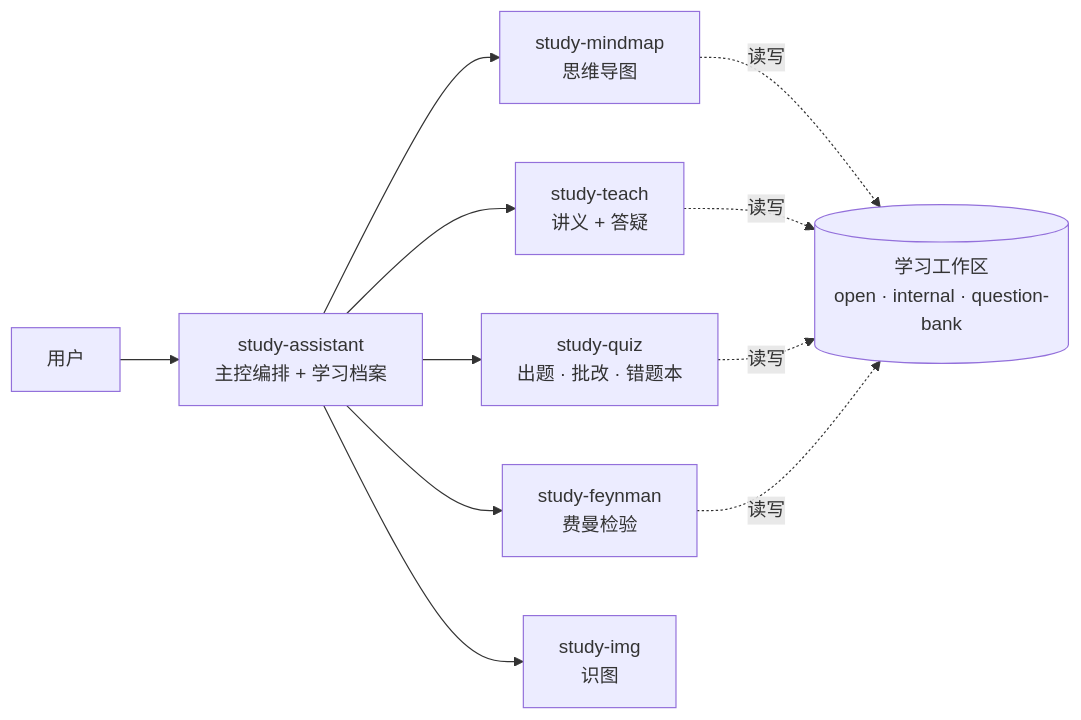
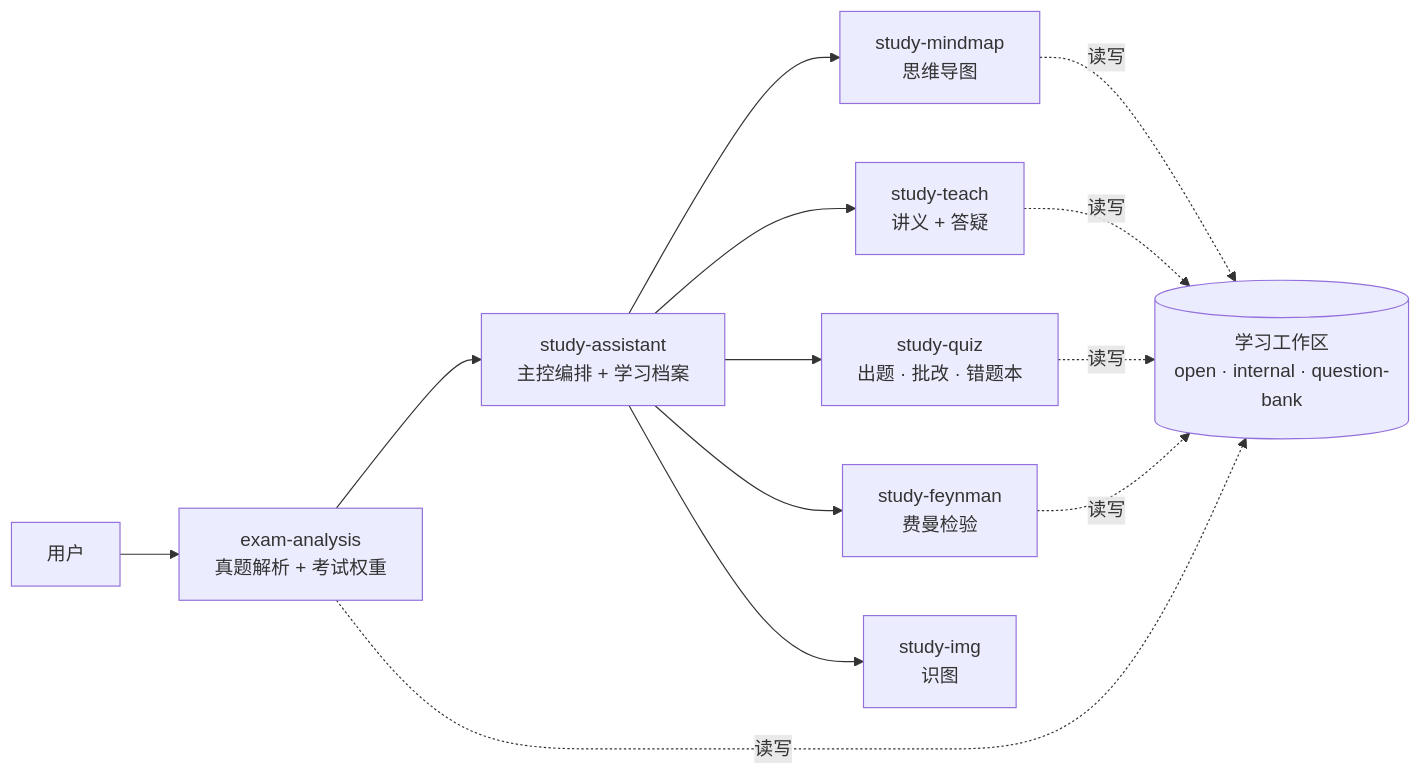
Before and after one commit to encounterself/weekly-reports: the diagram in study-assistant-skills/README.md, drawn with Mermaid. The commit also changed other lines of this file and 52 other files, not shown here.

Commit message:
Add exam analysis and study workspace

````diff
--- a/study-assistant-skills/README.md
+++ b/study-assistant-skills/README.md
@@ -30,10 +30,11 @@
 ```mermaid
 flowchart LR
-    U[用户] --> A[study-assistant<br/>主控编排 + 学习档案]
+    U[用户] --> E[exam-analysis<br/>真题解析 + 考试权重]
+    E --> A[study-assistant<br/>主控编排 + 学习档案]
     A --> M[study-mindmap<br/>思维导图]
     A --> T[study-teach<br/>讲义 + 答疑]
     A --> Q[study-quiz<br/>出题 · 批改 · 错题本]
     A --> F[study-feynman<br/>费曼检验]
     A --> I[study-img<br/>识图]
-    M & T & Q & F -.读写.-> S[(学习工作区<br/>open · internal · question-bank)]
+    M & T & Q & F & E -.读写.-> S[(学习工作区<br/>open · internal · question-bank)]
 ```
````
